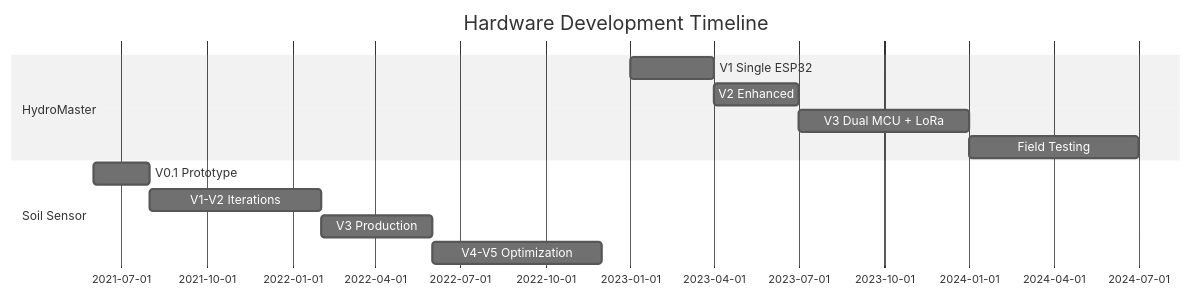
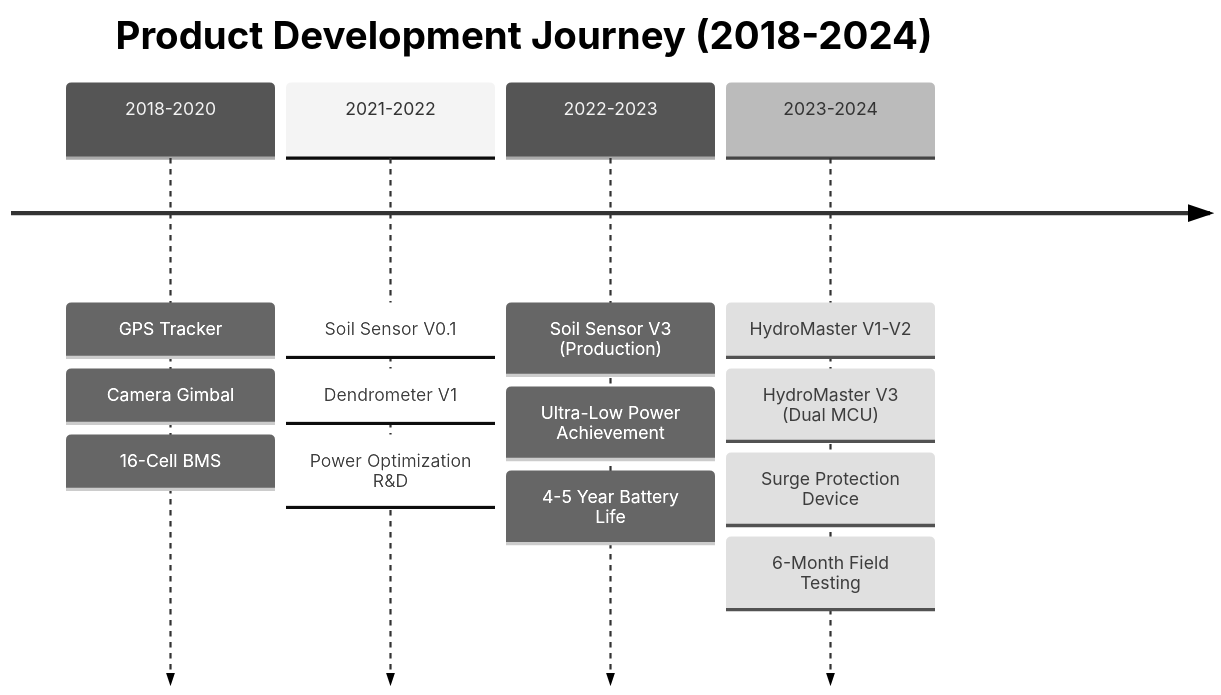
The diagram in README.md (gunaraj123/projects), drawn with Mermaid (neutral theme) before and after one commit. The commit also changed other lines of this file, not shown here.

````diff
--- a/README.md
+++ b/README.md
@@ -413,16 +59,21 @@
 ```mermaid
-gantt
-    title Hardware Development Timeline
-    dateFormat  YYYY-MM
-    section HydroMaster
-    V1 Single ESP32        :2023-01, 3M
-    V2 Enhanced            :2023-04, 3M
-    V3 Dual MCU + LoRa     :2023-07, 6M
-    Field Testing          :2024-01, 6M
+timeline
+    title Product Development Journey (2018-2024)
 
-    section Soil Sensor
-    V0.1 Prototype         :2021-06, 2M
-    V1-V2 Iterations       :2021-08, 6M
-    V3 Production          :2022-02, 4M
-    V4-V5 Optimization     :2022-06, 6M
+    2018-2020 : GPS Tracker
+                : Camera Gimbal
+                : 16-Cell BMS
+
+    2021-2022 : Soil Sensor V0.1
+                : Dendrometer V1
+                : Power Optimization R&D
+
+    2022-2023 : Soil Sensor V3 (Production)
+                : Ultra-Low Power Achievement
+                : 4-5 Year Battery Life
+
+    2023-2024 : HydroMaster V1-V2
+                : HydroMaster V3 (Dual MCU)
+                : Surge Protection Device
+                : 6-Month Field Testing
 ```
````
